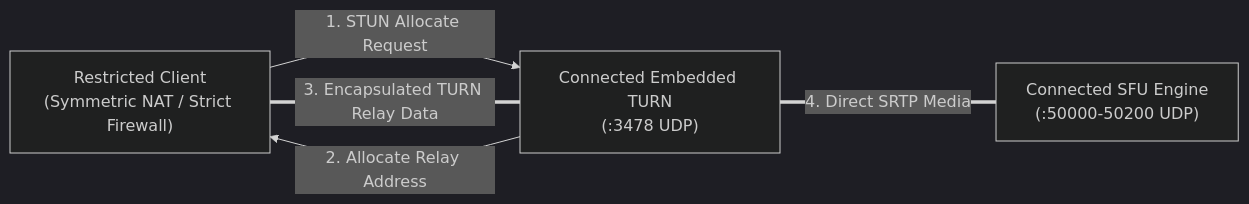
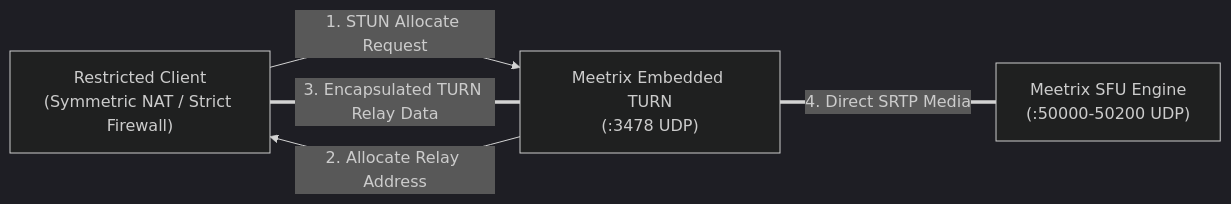
Before and after one commit to IsmaCortGtz/meetrix: the third of 4 diagrams in docs/guide/architecture.md, drawn with Mermaid (dark theme). The commit also changed other lines of this file and 97 other files, not shown here.

````diff
--- a/docs/guide/architecture.md
+++ b/docs/guide/architecture.md
@@ -166,11 +166,11 @@
 ```mermaid
 flowchart LR
     Peer1["Restricted Client<br/>(Symmetric NAT / Strict Firewall)"]
-    TURN["Connected Embedded TURN<br/>(:3478 UDP)"]
-    SFU["Connected SFU Engine<br/>(:50000-50200 UDP)"]
+    TURN["Meetrix Embedded TURN<br/>(:3478 UDP)"]
+    SFU["Meetrix SFU Engine<br/>(:50000-50200 UDP)"]
 
     Peer1 -->|1. STUN Allocate Request| TURN
     TURN -->|2. Allocate Relay Address| Peer1
     Peer1 ===|3. Encapsulated TURN Relay Data| TURN
     TURN ===|4. Direct SRTP Media| SFU
 ```
````
